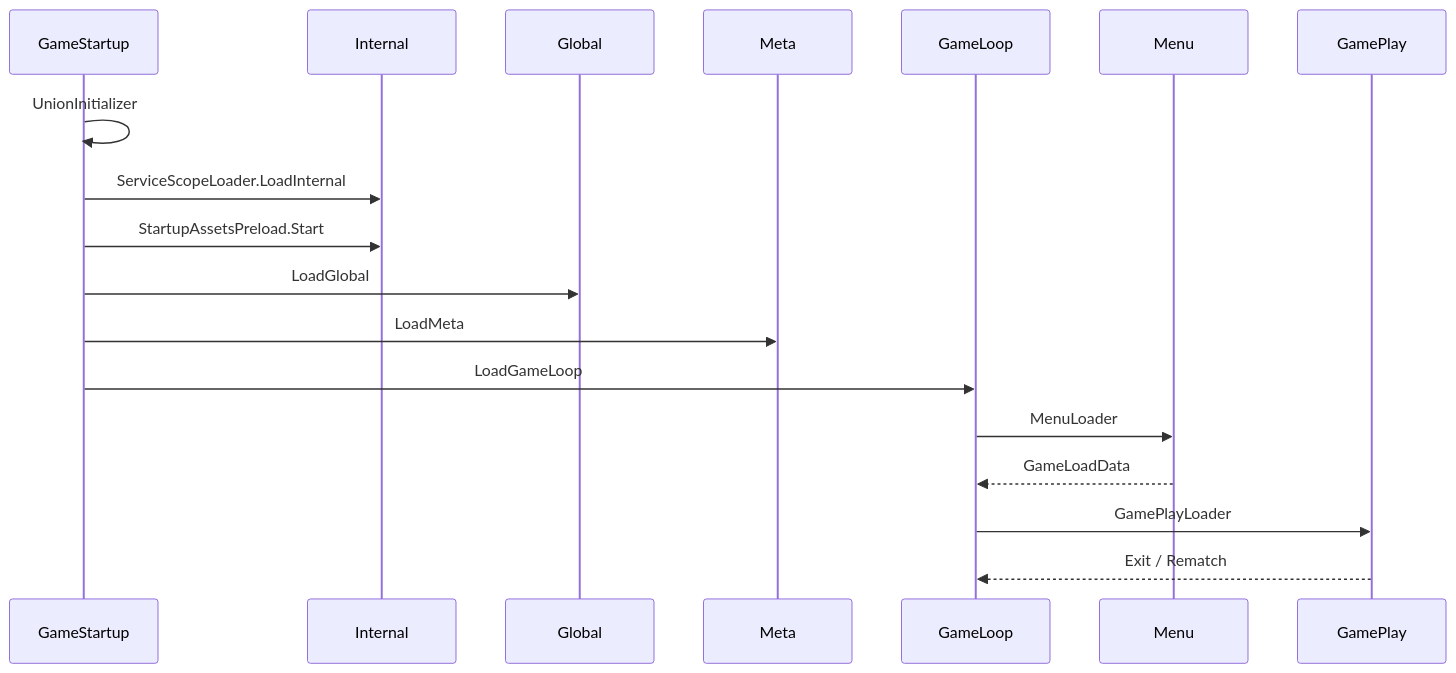
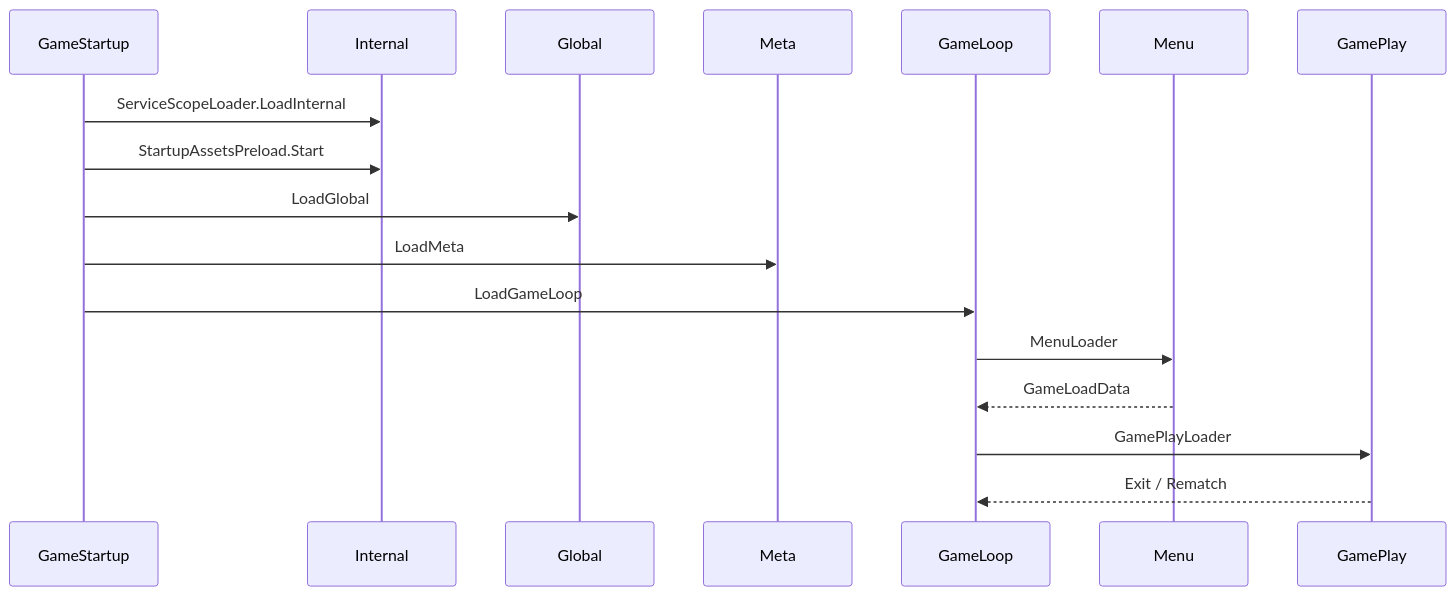
The second of 3 diagrams in docs/obsidian/architecture/client-common.md (noncasted/mines-leader), drawn with Mermaid before and after one commit. The commit also changed other lines of this file and 60 other files, not shown here.

````diff
--- a/docs/obsidian/architecture/client-common.md
+++ b/docs/obsidian/architecture/client-common.md
@@ -54,21 +54,20 @@
 ```mermaid
 sequenceDiagram
     participant GS as GameStartup
     participant IS as Internal
     participant G as Global
     participant M as Meta
     participant GL as GameLoop
     participant Menu as Menu
     participant GP as GamePlay
 
-    GS->>GS: UnionInitializer
     GS->>IS: ServiceScopeLoader.LoadInternal
     GS->>IS: StartupAssetsPreload.Start
     GS->>G: LoadGlobal
     GS->>M: LoadMeta
     GS->>GL: LoadGameLoop
     GL->>Menu: MenuLoader
     Menu-->>GL: GameLoadData
     GL->>GP: GamePlayLoader
     GP-->>GL: Exit / Rematch
 ```
````
